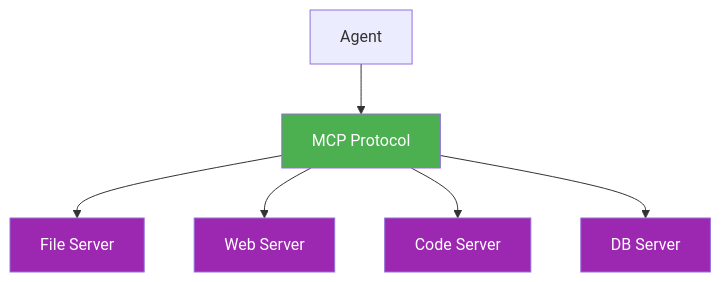
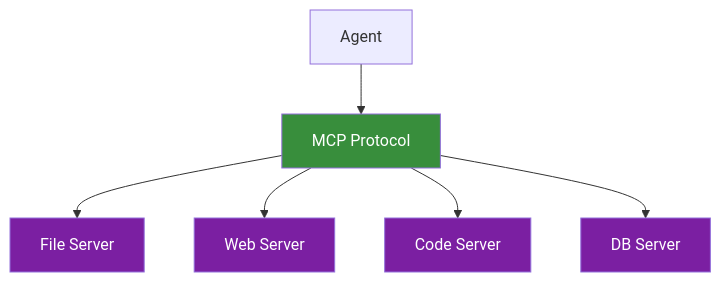
One commit to fwornle/agentic-ai-nano changed the sixth of 15 diagrams in docs-content/01_frameworks/Session1_ModuleD_Coding_Assistant_Case_Study.md. Above: the diagram before and after it, drawn with Mermaid. The commit also changed other lines of this file, not shown here.

````diff
--- a/docs-content/01_frameworks/Session1_ModuleD_Coding_Assistant_Case_Study.md
+++ b/docs-content/01_frameworks/Session1_ModuleD_Coding_Assistant_Case_Study.md
@@ -364,15 +364,15 @@
 ```mermaid
 graph TD
     A[Agent] --> MCP[MCP Protocol]
     
     MCP --> T1[File Server]
     MCP --> T2[Web Server]
     MCP --> T3[Code Server] 
     MCP --> T4[DB Server]
     
-    style MCP fill:#4CAF50,color:#ffffff
-    style T1 fill:#9C27B0,color:#ffffff
-    style T2 fill:#9C27B0,color:#ffffff
-    style T3 fill:#9C27B0,color:#ffffff
-    style T4 fill:#9C27B0,color:#ffffff
+    style MCP fill:#388E3C,color:#ffffff
+    style T1 fill:#7B1FA2,color:#ffffff
+    style T2 fill:#7B1FA2,color:#ffffff
+    style T3 fill:#7B1FA2,color:#ffffff
+    style T4 fill:#7B1FA2,color:#ffffff
 ```
````
